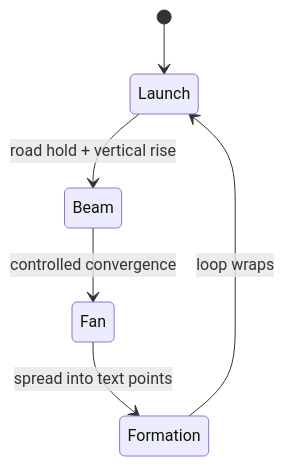
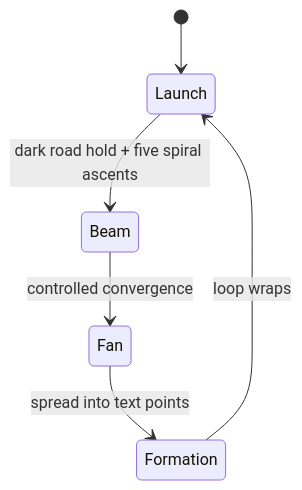
The third of 4 diagrams in lib/features/scenery/README.md (matthiasn/lotti), drawn with Mermaid before and after one commit. The commit also changed other lines of this file and 4 other files, not shown here.

````diff
--- a/lib/features/scenery/README.md
+++ b/lib/features/scenery/README.md
@@ -148,8 +147,8 @@
 ```mermaid
 stateDiagram-v2
   [*] --> Launch
-  Launch --> Beam: road hold + vertical rise
+  Launch --> Beam: dark road hold + five spiral ascents
   Beam --> Fan: controlled convergence
   Fan --> Formation: spread into text points
   Formation --> Launch: loop wraps
 ```
````
